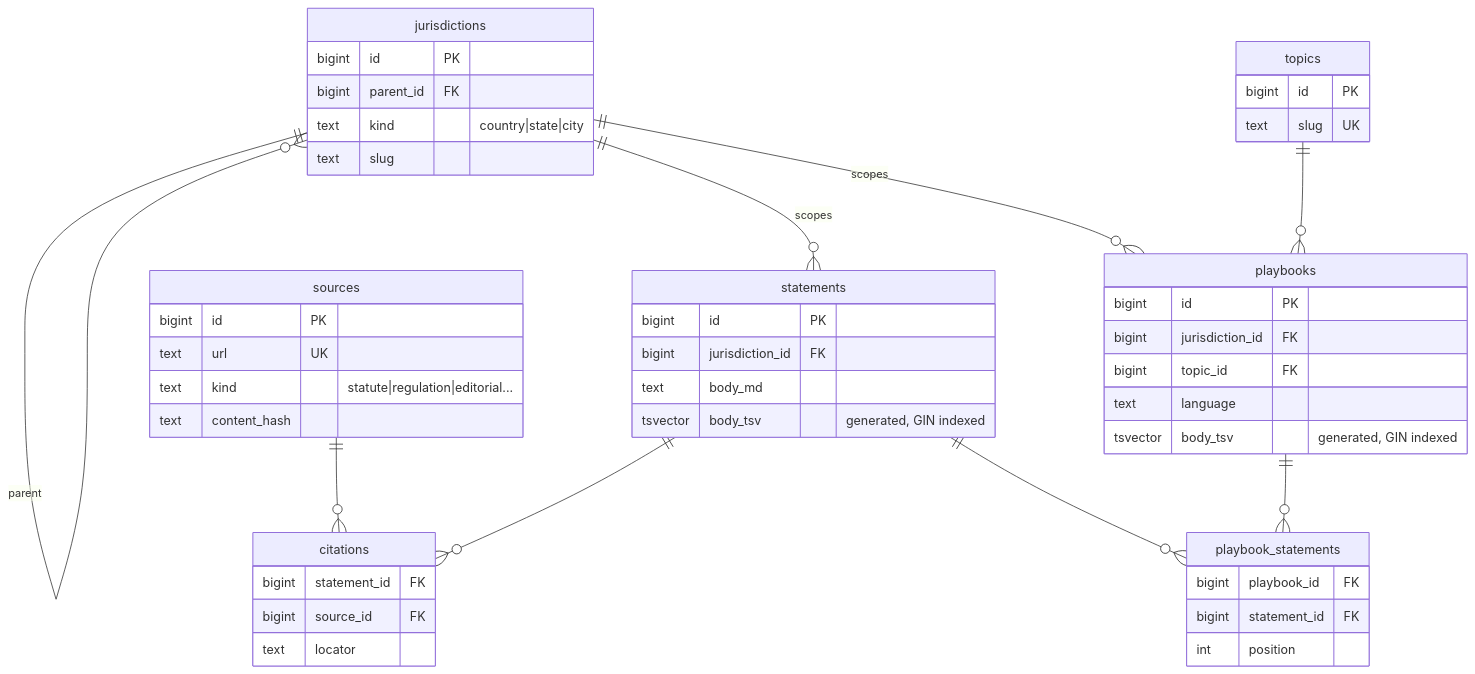
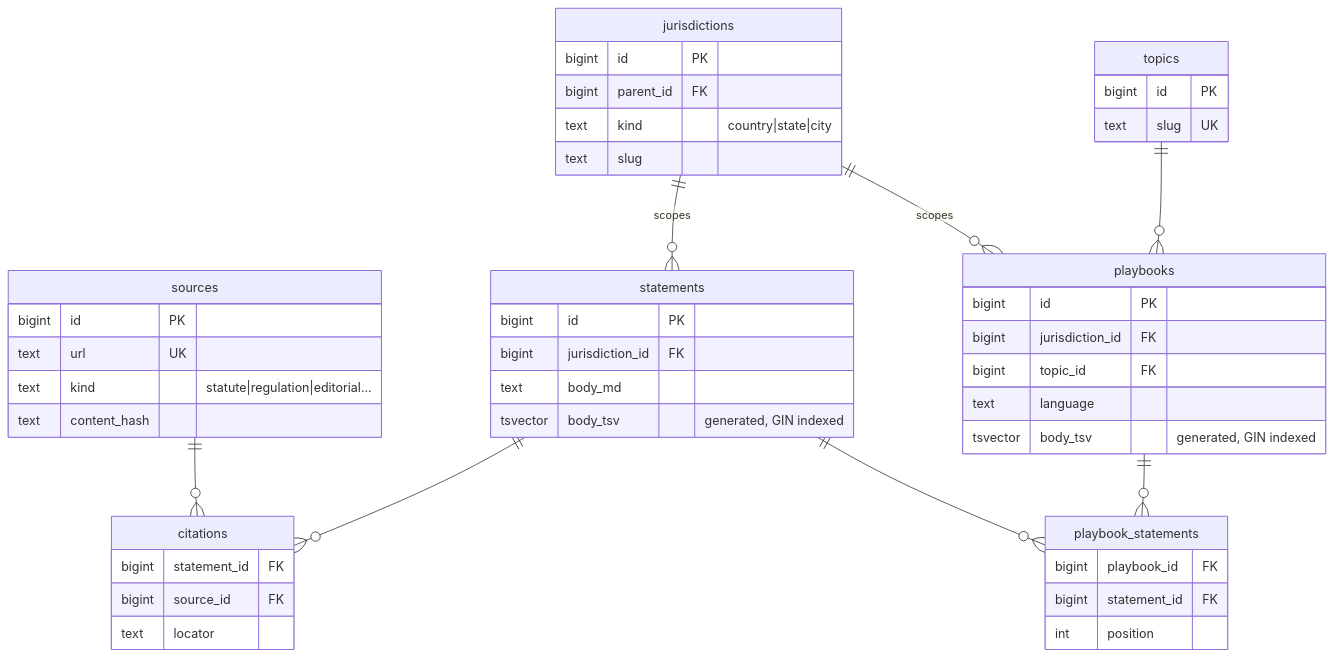
The diagram in README.md (nazanindev/defensiverenting), drawn with Mermaid before and after one commit.

Commit message:
Remove self-referential line from ER diagram
parent_id FK is already visible in the jurisdictions column definition.
The looping self-reference line just floated the word "parent" oddly.

````diff
--- a/README.md
+++ b/README.md
@@ -50,51 +50,50 @@
 ```mermaid
 erDiagram
     jurisdictions {
         bigint id PK
         bigint parent_id FK
         text kind "country|state|city"
         text slug
     }
     sources {
         bigint id PK
         text url UK
         text kind "statute|regulation|editorial..."
         text content_hash
     }
     statements {
         bigint id PK
         bigint jurisdiction_id FK
         text body_md
         tsvector body_tsv "generated, GIN indexed"
     }
     citations {
         bigint statement_id FK
         bigint source_id FK
         text locator
     }
     topics {
         bigint id PK
         text slug UK
     }
     playbooks {
         bigint id PK
         bigint jurisdiction_id FK
         bigint topic_id FK
         text language
         tsvector body_tsv "generated, GIN indexed"
     }
     playbook_statements {
         bigint playbook_id FK
         bigint statement_id FK
         int position
     }
 
-    jurisdictions ||--o{ jurisdictions : "parent"
     jurisdictions ||--o{ statements : "scopes"
     jurisdictions ||--o{ playbooks : "scopes"
     sources ||--o{ citations : ""
     statements ||--o{ citations : ""
     statements ||--o{ playbook_statements : ""
     playbooks ||--o{ playbook_statements : ""
     topics ||--o{ playbooks : ""
 ```
````
